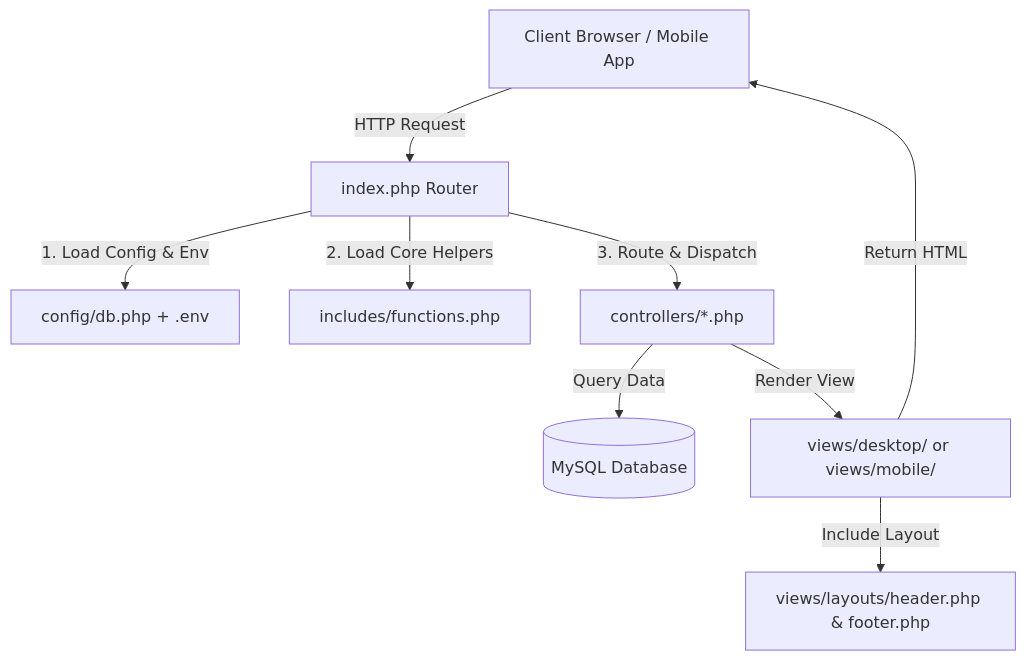
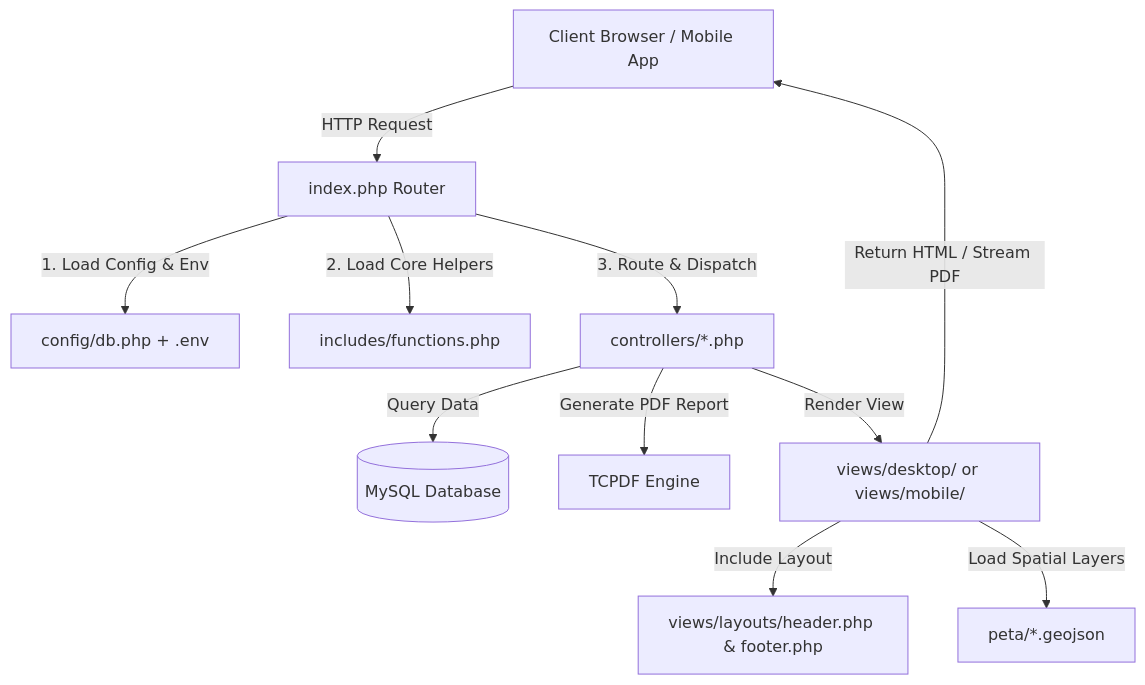
The diagram in .docs/architecture.md (Noisesless/E-Ticketing-Destinasi-Wisata), drawn with Mermaid before and after one commit. The commit also changed other lines of this file and 4 other files, not shown here.

````diff
--- a/.docs/architecture.md
+++ b/.docs/architecture.md
@@ -11,11 +11,13 @@
 ```mermaid
 graph TD
     Client[Client Browser / Mobile App] -->|HTTP Request| Router[index.php Router]
     Router -->|1. Load Config & Env| Config[config/db.php + .env]
     Router -->|2. Load Core Helpers| Helpers[includes/functions.php]
     Router -->|3. Route & Dispatch| Controllers[controllers/*.php]
     Controllers -->|Query Data| DB[(MySQL Database)]
+    Controllers -->|Generate PDF Report| PDFEngine[TCPDF Engine]
     Controllers -->|Render View| Views[views/desktop/ or views/mobile/]
     Views -->|Include Layout| Layout[views/layouts/header.php & footer.php]
-    Views -->|Return HTML| Client
+    Views -->|Load Spatial Layers| Peta[peta/*.geojson]
+    Views -->|Return HTML / Stream PDF| Client
 ```
````
